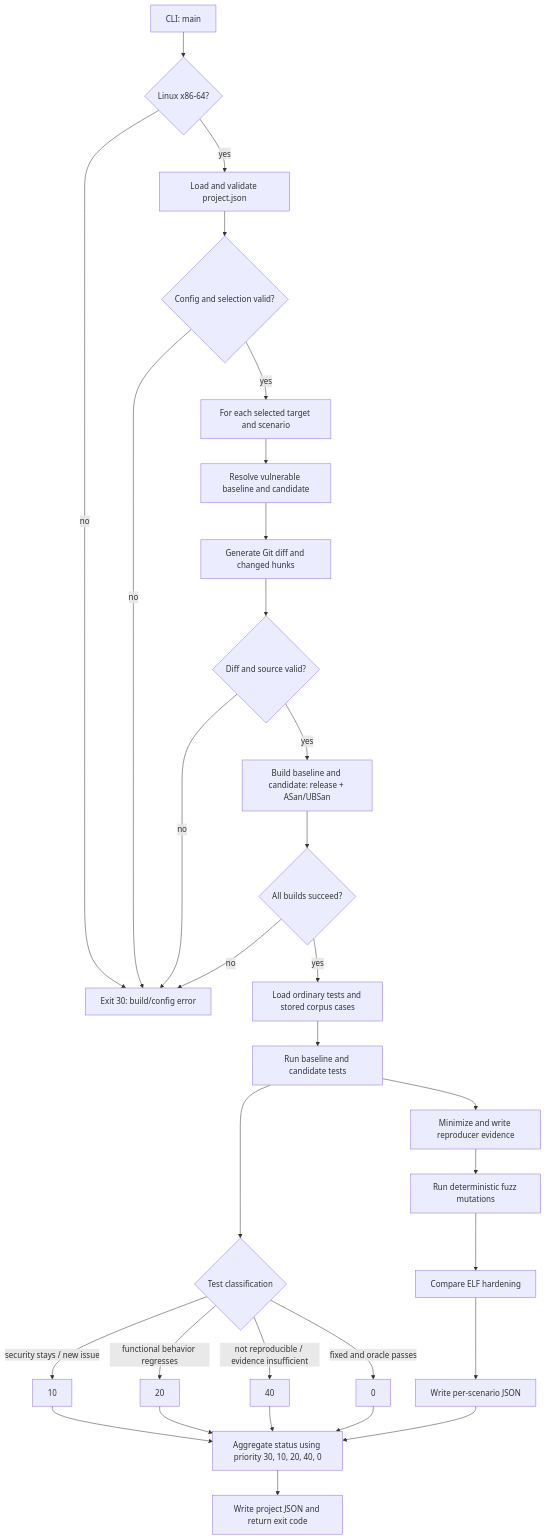
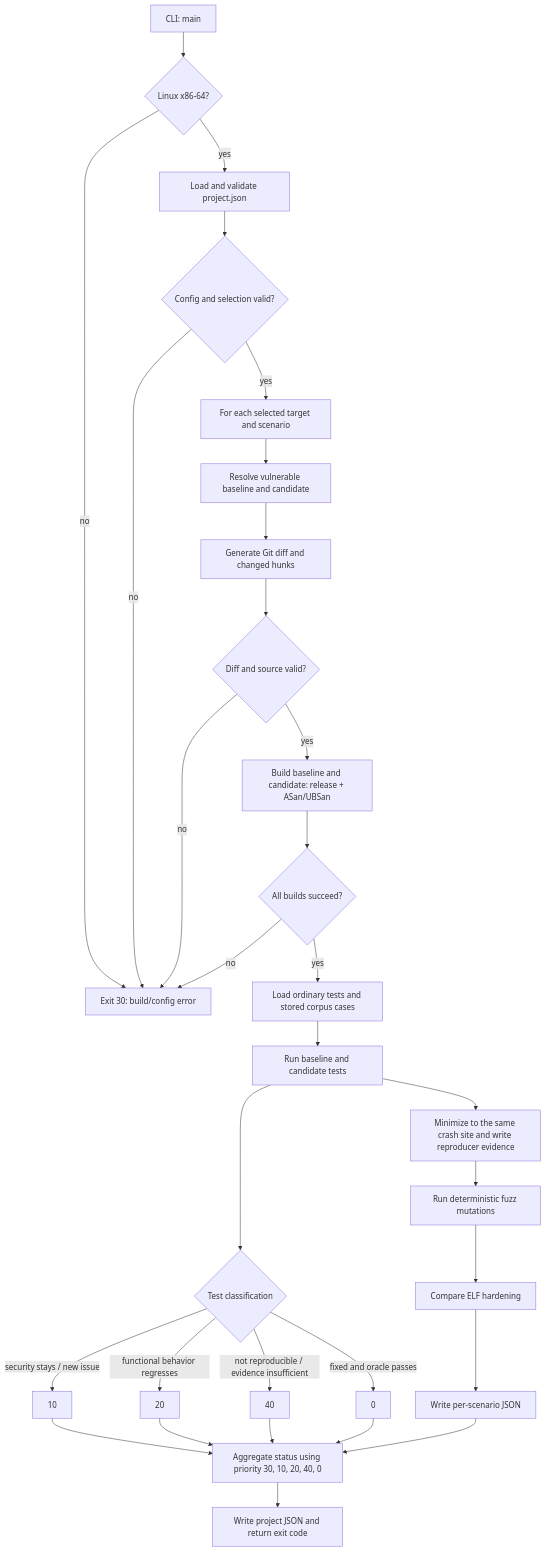
The diagram in CODE_WALKTHROUGH.md (ESER43/Data_and_Network_Security_project), drawn with Mermaid before and after one commit. The commit also changed other lines of this file, not shown here.

Commit message:
Document crash-site minimization and newest helpers in walkthrough

````diff
--- a/CODE_WALKTHROUGH.md
+++ b/CODE_WALKTHROUGH.md
@@ -7,33 +7,33 @@
 ```mermaid
 flowchart TD
     A[CLI: main] --> B{Linux x86-64?}
     B -- no --> X[Exit 30: build/config error]
     B -- yes --> C[Load and validate project.json]
     C --> D{Config and selection valid?}
     D -- no --> X
     D -- yes --> E[For each selected target and scenario]
     E --> F[Resolve vulnerable baseline and candidate]
     F --> G[Generate Git diff and changed hunks]
     G --> H{Diff and source valid?}
     H -- no --> X
     H -- yes --> I[Build baseline and candidate: release + ASan/UBSan]
     I --> J{All builds succeed?}
     J -- no --> X
     J -- yes --> K[Load ordinary tests and stored corpus cases]
     K --> L[Run baseline and candidate tests]
     L --> M{Test classification}
     M -->|security stays / new issue| N[10]
     M -->|functional behavior regresses| O[20]
     M -->|not reproducible / evidence insufficient| P[40]
     M -->|fixed and oracle passes| Q[0]
-    L --> R[Minimize and write reproducer evidence]
+    L --> R[Minimize to the same crash site and write reproducer evidence]
     R --> S[Run deterministic fuzz mutations]
     S --> T[Compare ELF hardening]
     T --> U[Write per-scenario JSON]
     N --> V[Aggregate status using priority 30, 10, 20, 40, 0]
     O --> V
     P --> V
     Q --> V
     U --> V
     V --> W[Write project JSON and return exit code]
 ```
````
